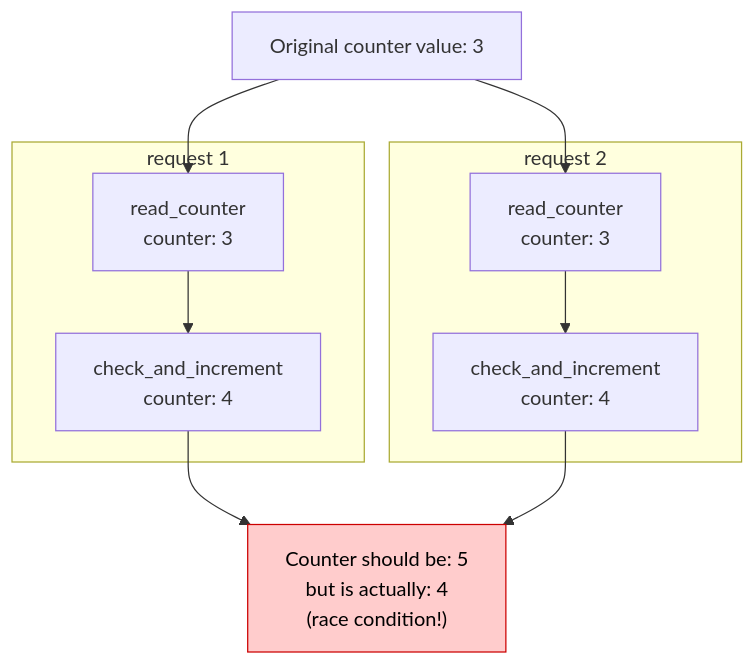
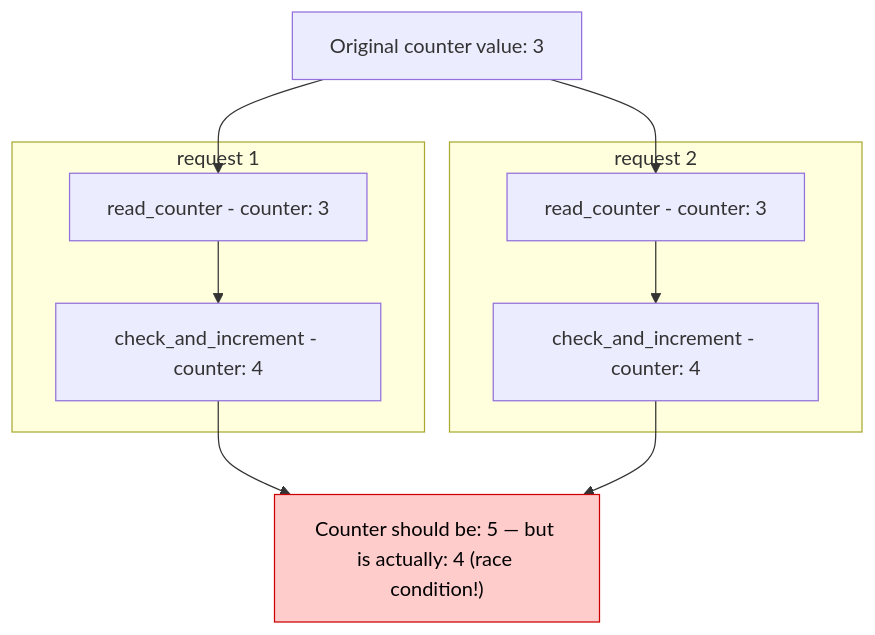
The sixth of 8 diagrams in 2.RateLimiter.md (NalinDalal/system-design), drawn with Mermaid before and after one commit. The commit also changed other lines of this file and 2 other files, not shown here.

````diff
--- a/2.RateLimiter.md
+++ b/2.RateLimiter.md
@@ -365,20 +303,20 @@
 ```mermaid
 flowchart TB
     T["Original counter value: 3"]
 
     subgraph R1["request 1"]
-        A[read_counter<br/>counter: 3] --> B[check_and_increment<br/>counter: 4]
+        A["read_counter - counter: 3"] --> B["check_and_increment - counter: 4"]
     end
 
     subgraph R2["request 2"]
-        C[read_counter<br/>counter: 3] --> D[check_and_increment<br/>counter: 4]
+        C["read_counter - counter: 3"] --> D["check_and_increment - counter: 4"]
     end
 
     T --> A
     T --> C
-    B --> note["Counter should be: 5<br/>but is actually: 4<br/>(race condition!)"]
+    B --> note["Counter should be: 5 — but is actually: 4 (race condition!)"]
     D --> note
 
     classDef errorStyle fill:#ffcccc,stroke:#cc0000,color:#000000
     class note errorStyle
 ```
````
